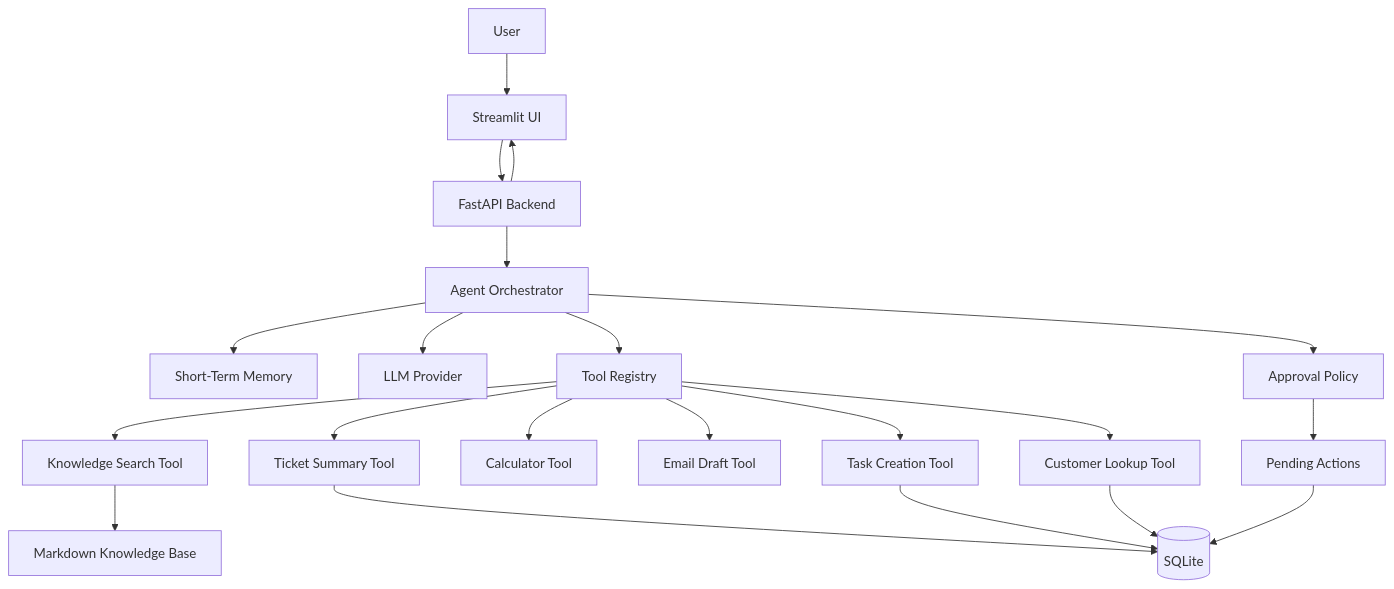
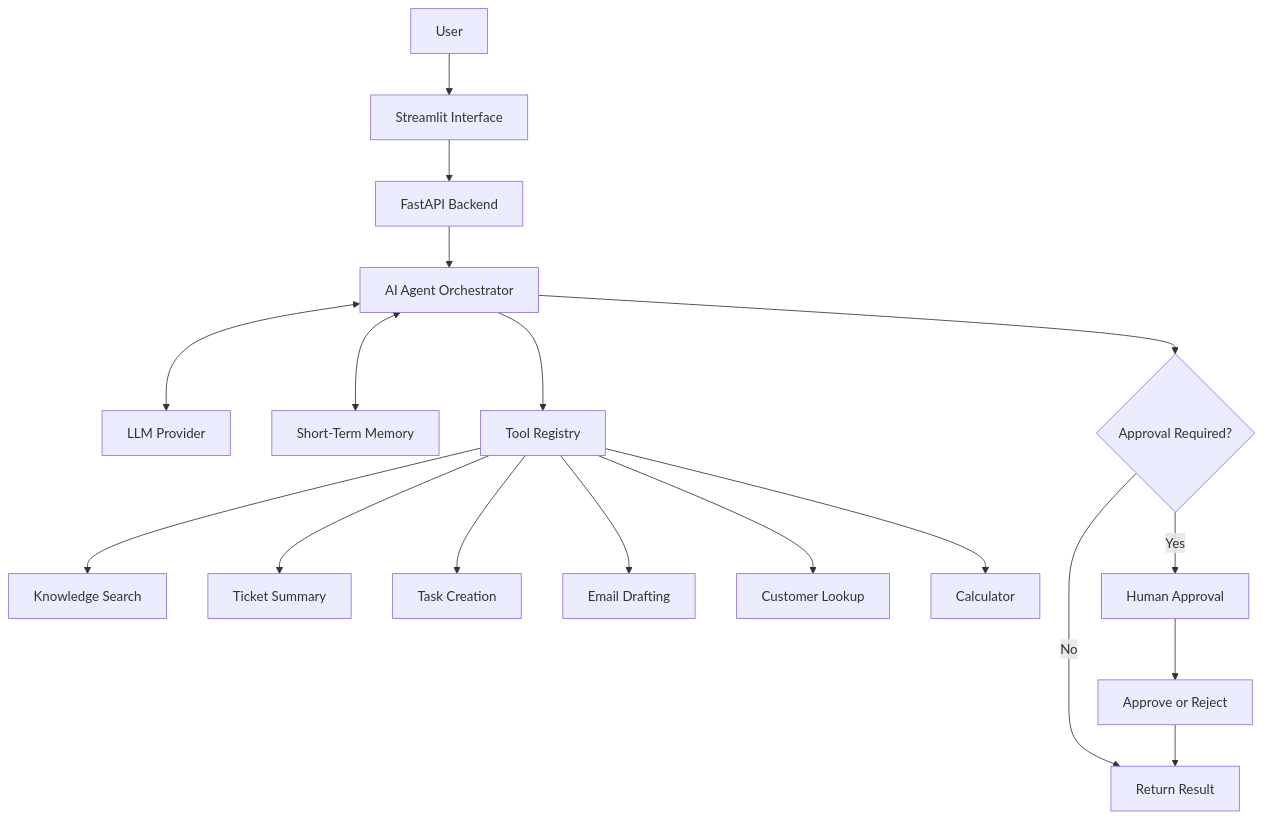
One commit to seifhassan200142-lab/AI-Operations-Agent changed the diagram in README.md. Above: the diagram before and after it, drawn with Mermaid. The commit also changed other lines of this file, not shown here.

````diff
--- a/README.md
+++ b/README.md
@@ -107,23 +60,20 @@
 ```mermaid
 flowchart TD
-    U[User] --> UI[Streamlit UI]
-    UI --> API[FastAPI Backend]
-    API --> AG[Agent Orchestrator]
-    AG --> MEM[Short-Term Memory]
-    AG --> LLM[LLM Provider]
-    AG --> REG[Tool Registry]
-    REG --> KB[Knowledge Search Tool]
-    REG --> TS[Ticket Summary Tool]
-    REG --> CALC[Calculator Tool]
-    REG --> EMAIL[Email Draft Tool]
-    REG --> TASK[Task Creation Tool]
-    REG --> CUST[Customer Lookup Tool]
-    KB --> MD[Markdown Knowledge Base]
-    TS --> DB[(SQLite)]
-    TASK --> DB
-    CUST --> DB
-    AG --> POLICY[Approval Policy]
-    POLICY --> PA[Pending Actions]
-    PA --> DB
-    API --> UI
+    A[User] --> B[Streamlit Interface]
+    B --> C[FastAPI Backend]
+    C --> D[AI Agent Orchestrator]
+    D <--> E[LLM Provider]
+    D <--> F[Short-Term Memory]
+    D --> G[Tool Registry]
+    G --> H[Knowledge Search]
+    G --> I[Ticket Summary]
+    G --> J[Task Creation]
+    G --> K[Email Drafting]
+    G --> L[Customer Lookup]
+    G --> M[Calculator]
+    D --> N{Approval Required?}
+    N -->|Yes| O[Human Approval]
+    N -->|No| P[Return Result]
+    O --> Q[Approve or Reject]
+    Q --> P
 ```
````
